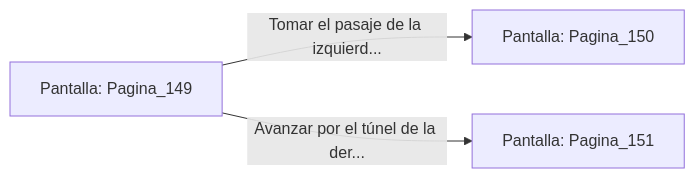
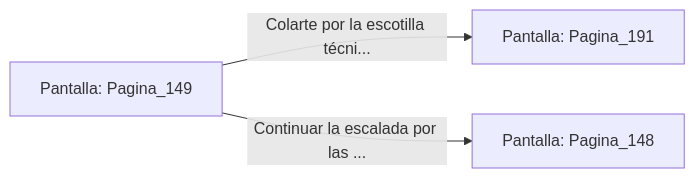
The diagram in sample/eligejuego-vault/Pantalla_Pagina_149.md (metsuke/mpl), drawn with Mermaid before and after one commit. The commit also changed other lines of this file and 635 other files, not shown here.

First line of the commit message:
fix: añadir Pagina_1 como pantalla inicial en capitulo_01.mpl

````diff
--- a/sample/eligejuego-vault/Pantalla_Pagina_149.md
+++ b/sample/eligejuego-vault/Pantalla_Pagina_149.md
@@ -20,6 +24,6 @@
 ```mermaid
 graph LR
     P_Pagina_149["Pantalla: Pagina_149"]
-    P_Pagina_149 -->|"Tomar el pasaje de la izquierd..."| P_Pagina_150["Pantalla: Pagina_150"]
-    P_Pagina_149 -->|"Avanzar por el túnel de la der..."| P_Pagina_151["Pantalla: Pagina_151"]
+    P_Pagina_149 -->|"Colarte por la escotilla técni..."| P_Pagina_191["Pantalla: Pagina_191"]
+    P_Pagina_149 -->|"Continuar la escalada por las ..."| P_Pagina_148["Pantalla: Pagina_148"]
 ```
````
